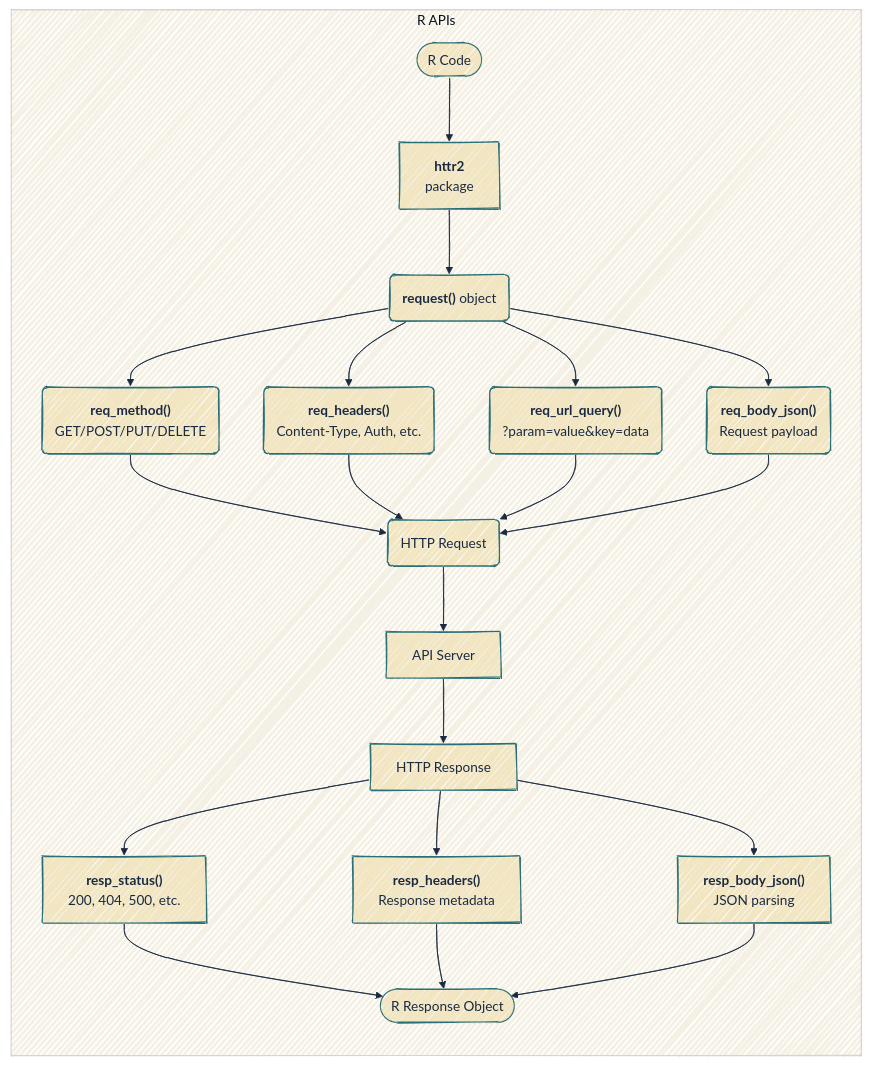
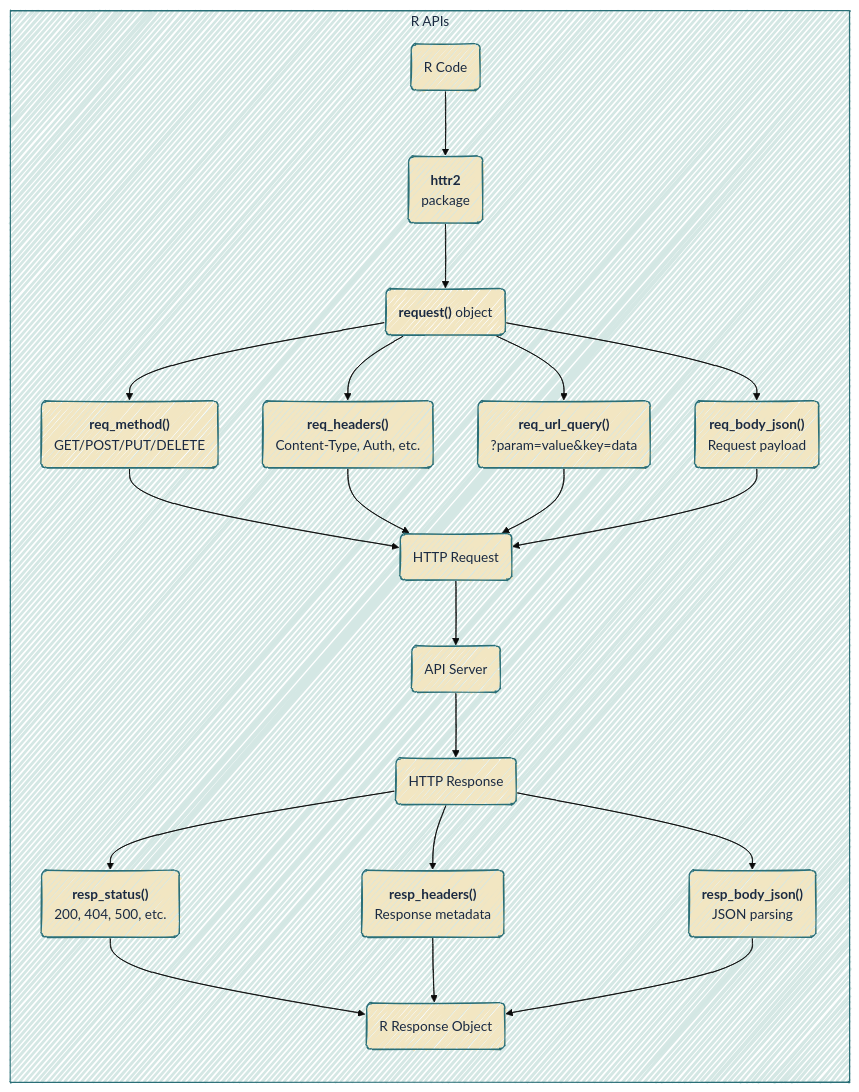
The sixth of 6 diagrams in lab03.qmd (mjfrigaard/do4ds-labs), drawn with Mermaid before and after one commit. The commit also changed other lines of this file and 37 other files, not shown here.

Commit message:
updates to mermaid

````diff
--- a/lab03.qmd
+++ b/lab03.qmd
@@ -284,26 +292,28 @@
 ```{mermaid}
-%%{init: {'theme': 'base', 'look': 'handDrawn', 'themeVariables': { 'fontFamily': 'monospace', 'primaryColor': '#F2E6C2', 'primaryBorderColor': '#2A6F77', 'primaryTextColor': '#1B2A41', 'secondaryColor': '#d4e7e4', 'tertiaryColor': '#f5f0e4', 'lineColor': '#1B2A41', 'edgeLabelBackground': '#F2E6C2'}}}%%
+%%{init: {'theme': 'base', 'look': 'handDrawn', 'themeVariables': {'fontFamily': 'monospace'}}}%%
 
 graph LR
     subgraph RApi["R APIs"]
-        A1(["R Code"]) --> B1["<strong>httr2</strong><br>package"]
+        A1("R Code") --> B1("<strong>httr2</strong><br>package")
         B1 --> C1("<strong>request()</strong> object")
-        C1 --> D1("<strong>req_method()</strong><br/>GET/POST/PUT/DELETE")
-        C1 --> E1("<strong>req_headers()</strong><br/>Content-Type, Auth, etc.")
-        C1 --> F1("<strong>req_url_query()</strong><br/>?param=value&key=data")
-        C1 --> G1("<strong>req_body_json()</strong><br/>Request payload")
+        C1 --> D1("<strong>req_method()</strong><br>GET/POST/PUT/DELETE")
+        C1 --> E1("<strong>req_headers()</strong><br>Content-Type, Auth, etc.")
+        C1 --> F1("<strong>req_url_query()</strong><br>?param=value&key=data")
+        C1 --> G1("<strong>req_body_json()</strong><br>Request payload")
         D1 --> H1("HTTP Request")
         E1 --> H1
         F1 --> H1
         G1 --> H1
-        H1 --> I1["API Server"]
-        I1 --> J1["HTTP Response"]
-        J1 --> K1["<strong>resp_status()</strong><br/>200, 404, 500, etc."]
-        J1 --> L1["<strong>resp_headers()</strong><br/>Response metadata"]
-        J1 --> M1["<strong>resp_body_json()</strong><br/>JSON parsing"]
-        K1 --> N1(["R Response Object"])
+        H1 --> I1("API Server")
+        I1 --> J1("HTTP Response")
+        J1 --> K1("<strong>resp_status()</strong><br>200, 404, 500, etc.")
+        J1 --> L1("<strong>resp_headers()</strong><br>Response metadata")
+        J1 --> M1("<strong>resp_body_json()</strong><br>JSON parsing")
+        K1 --> N1("R Response Object")
         L1 --> N1
         M1 --> N1
     end
+    classDef default fill:#F2E6C2,stroke:#2A6F77,color:#1B2A41
+    style RApi fill:#d4e7e4,stroke:#2A6F77,color:#1B2A41
 
 ```
````
